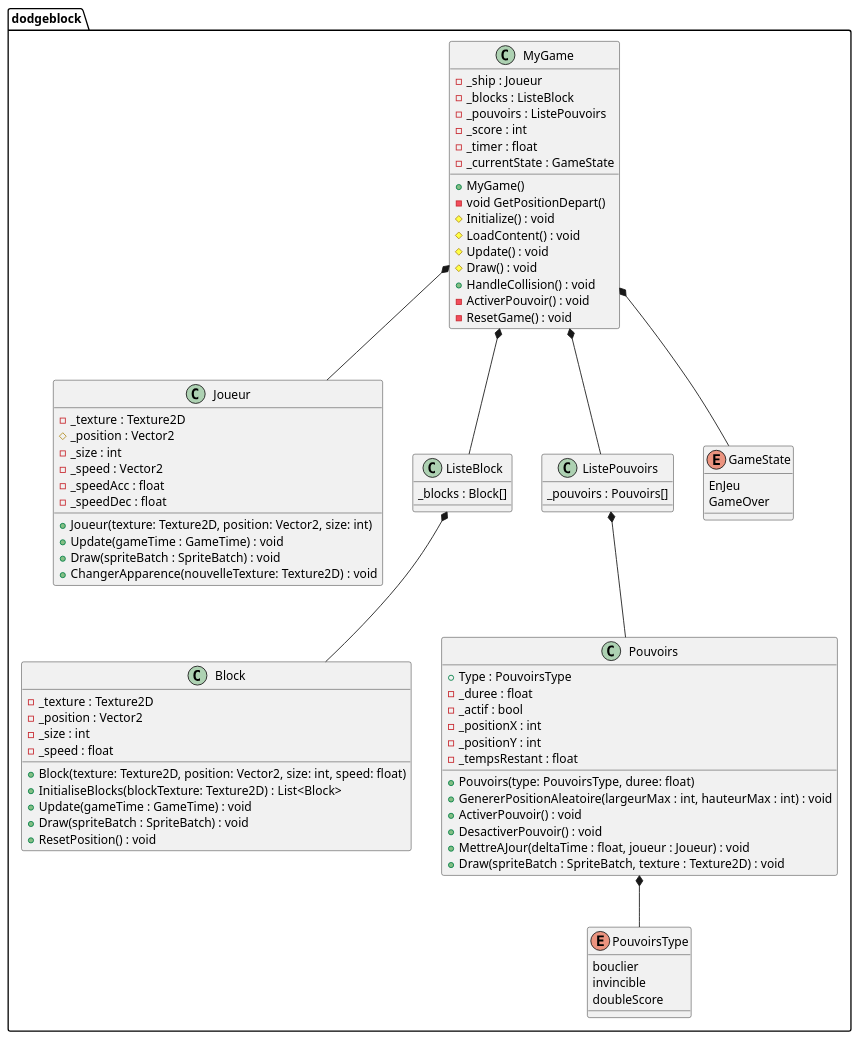
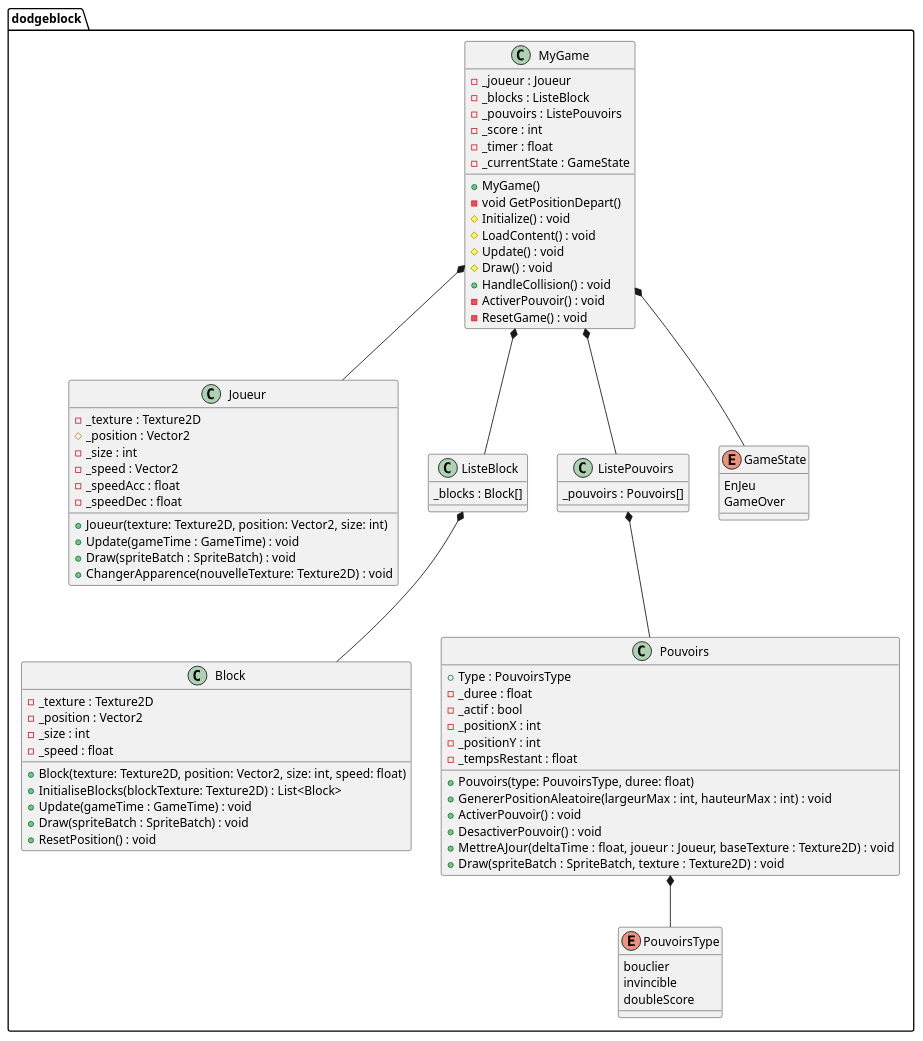
The diagram in data/plantUML/plantuml.md (AlexisThach/DodgeBlock), drawn with PlantUML before and after one commit. The commit also changed 2 other files, not shown here.

```diff
--- a/data/plantUML/plantuml.md
+++ b/data/plantUML/plantuml.md
@@ -2,7 +2,7 @@
 
 package dodgeblock {
     class MyGame {
-    -_ship : Joueur
+    -_joueur : Joueur
     -_blocks : ListeBlock
     -_pouvoirs : ListePouvoirs
     -_score : int
@@ -63,7 +63,7 @@
     +GenererPositionAleatoire(largeurMax : int, hauteurMax : int) : void
     +ActiverPouvoir() : void
     +DesactiverPouvoir() : void 
-    +MettreAJour(deltaTime : float, joueur : Joueur) : void
+    +MettreAJour(deltaTime : float, joueur : Joueur, baseTexture : Texture2D) : void
     +Draw(spriteBatch : SpriteBatch, texture : Texture2D) : void 
     }
     
```
